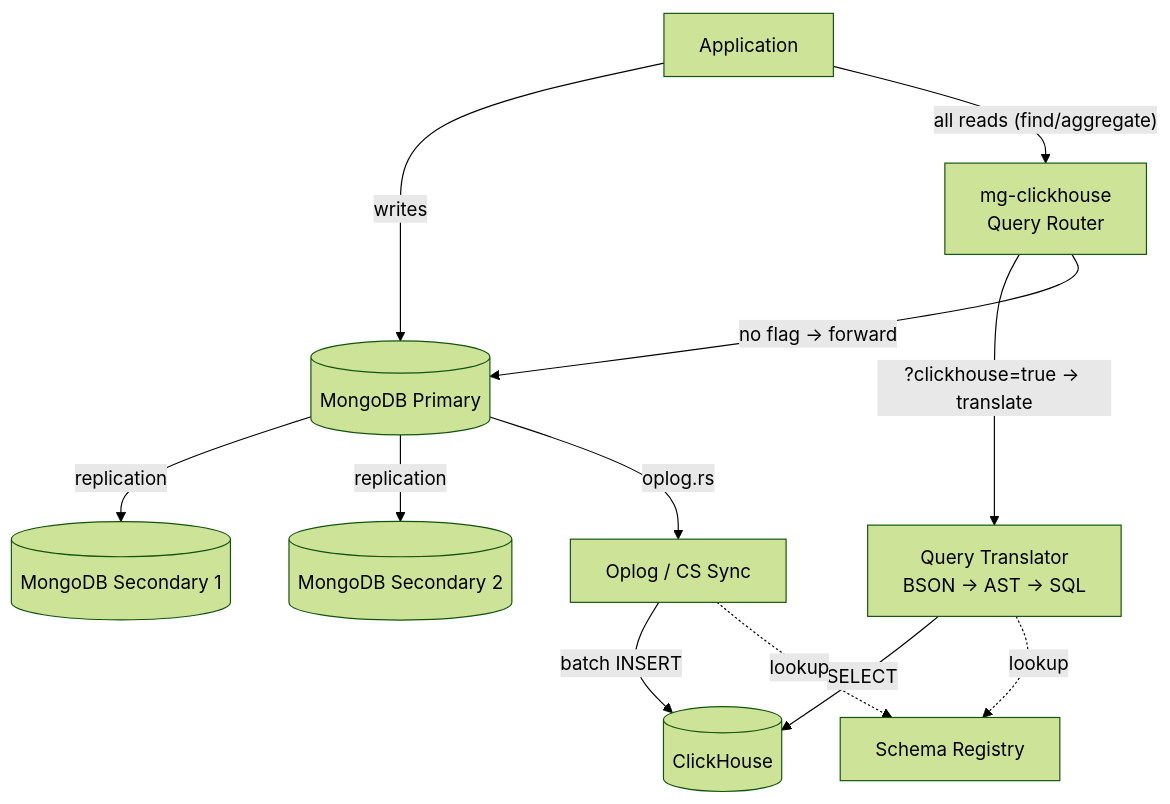
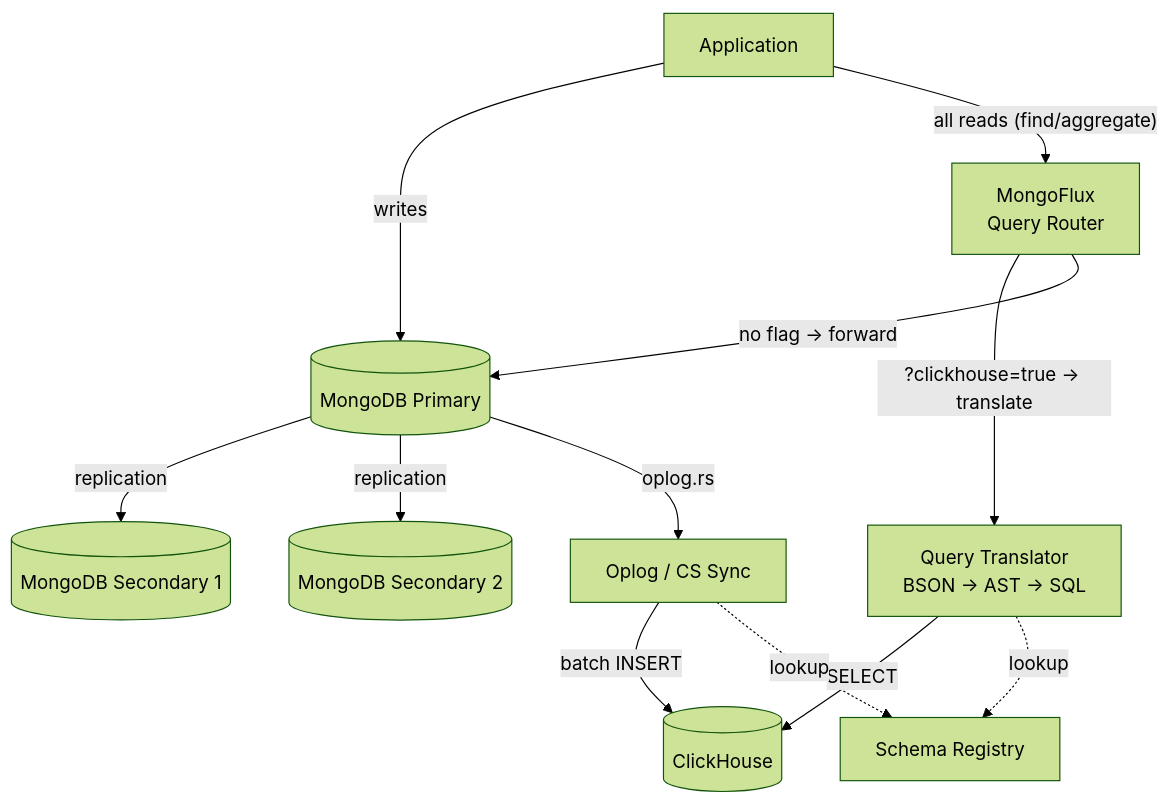
Before and after one commit to mrityunjaysharma/mongo-flux: the first of 7 diagrams in docs/design.md, drawn with Mermaid (forest theme). The commit also changed other lines of this file and 38 other files, not shown here.

````diff
--- a/docs/design.md
+++ b/docs/design.md
@@ -17,14 +17,14 @@
 ```mermaid
 flowchart TD
     APP[Application] -->|writes| MGP[(MongoDB Primary)]
     MGP -->|replication| MGS1[(MongoDB Secondary 1)]
     MGP -->|replication| MGS2[(MongoDB Secondary 2)]
-    APP -->|"all reads (find/aggregate)"| ROUTER[mg-clickhouse<br/>Query Router]
+    APP -->|"all reads (find/aggregate)"| ROUTER[MongoFlux<br/>Query Router]
     ROUTER -->|"?clickhouse=true → translate"| XLAT[Query Translator<br/>BSON → AST → SQL]
     XLAT -->|SELECT| CH[(ClickHouse)]
     ROUTER -->|"no flag → forward"| MGP
     MGP -->|oplog.rs| SYNC[Oplog / CS Sync]
     SYNC -->|batch INSERT| CH
     SYNC -.->|lookup| REG[Schema Registry]
     XLAT -.->|lookup| REG
 ```
````
